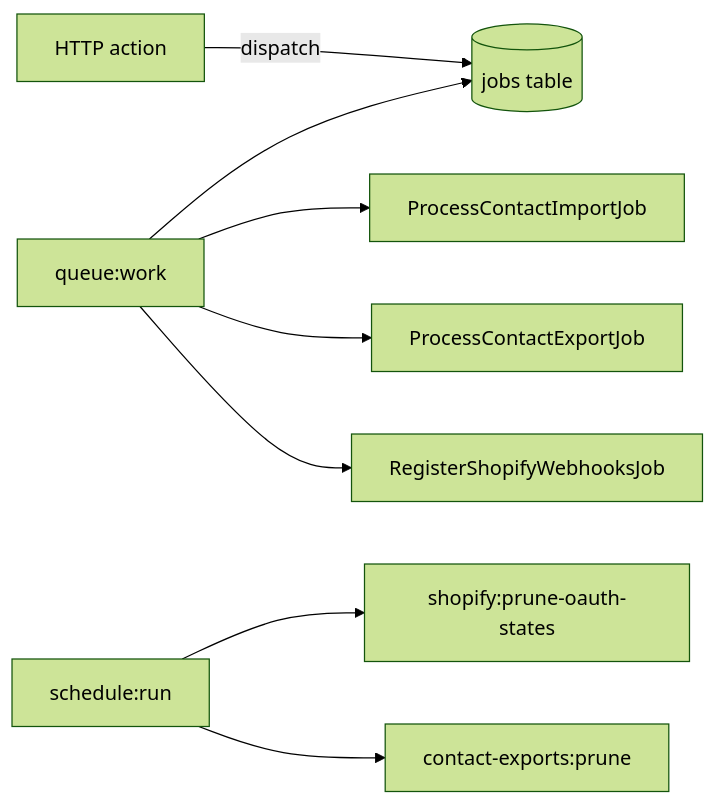
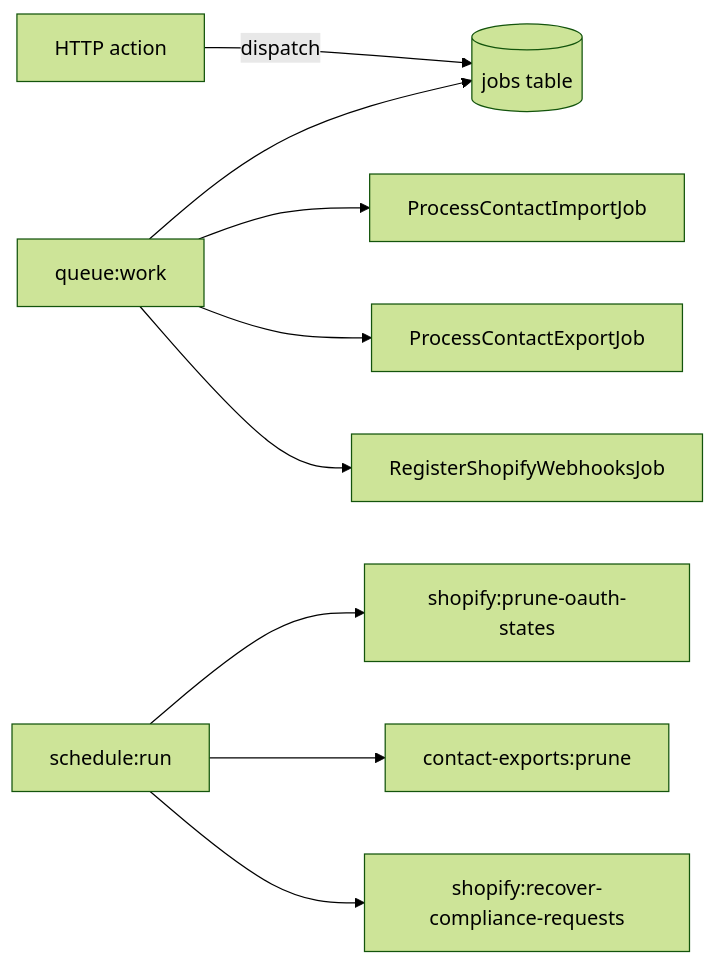
One commit to rehansaeedoveelabs/inboxly-backend changed the third of 3 diagrams in docs/ARCHITECTURE.md. Above: the diagram before and after it, drawn with Mermaid (forest theme). The commit also changed other lines of this file and 61 other files, not shown here.

First line of the commit message:
Add M1 Shopify compliance foundation with lease recovery and scope hardening.

````diff
--- a/docs/ARCHITECTURE.md
+++ b/docs/ARCHITECTURE.md
@@ -122,10 +128,11 @@
 ```mermaid
 flowchart LR
   HTTP[HTTP action] -->|dispatch| JobsTable[(jobs table)]
   Worker[queue:work] --> JobsTable
   Worker --> ImportJob[ProcessContactImportJob]
   Worker --> ExportJob[ProcessContactExportJob]
   Worker --> HookJob[RegisterShopifyWebhooksJob]
   Cron[schedule:run] --> PruneOAuth[shopify:prune-oauth-states]
   Cron --> PruneExports[contact-exports:prune]
+  Cron --> RecoverCompliance[shopify:recover-compliance-requests]
 ```
````
